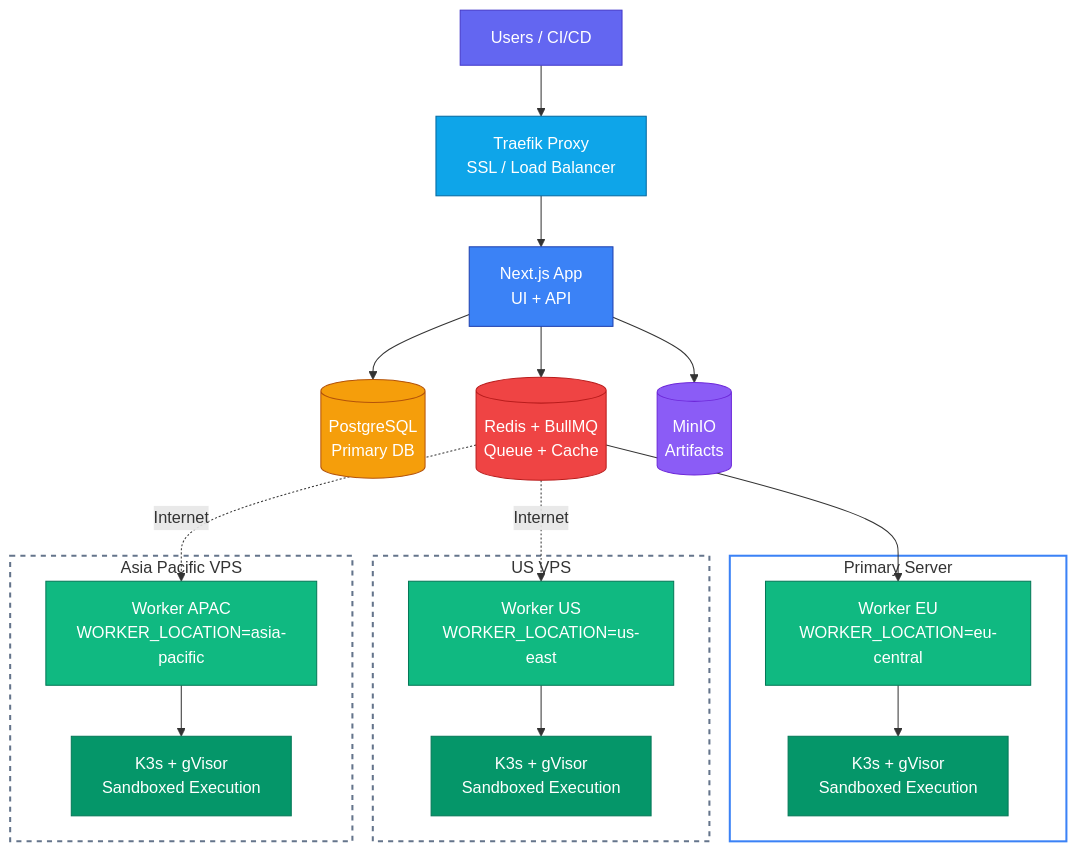
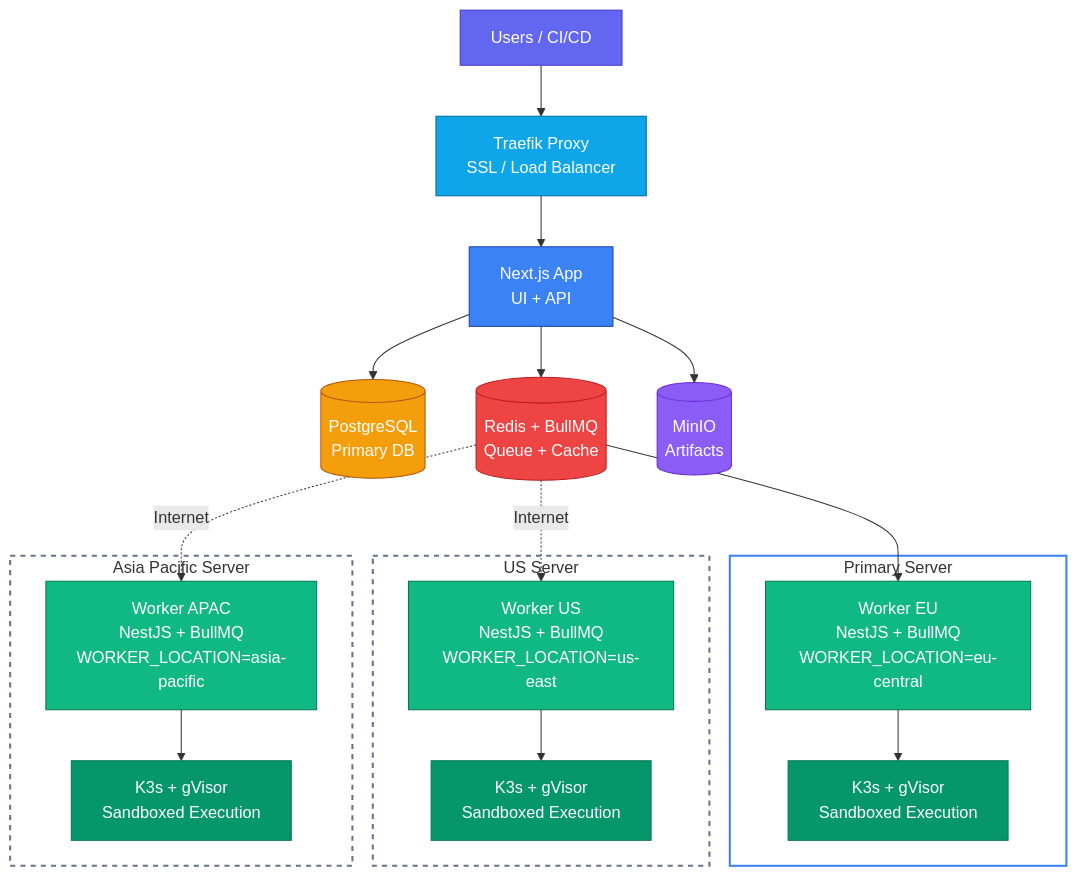
The diagram in README.md (yawboateng/supercheck), drawn with Mermaid before and after one commit. The commit also changed 2 other files, not shown here.

Commit message:
docs: update architecture diagrams to include NestJS and BullMQ for worker locations

````diff
--- a/README.md
+++ b/README.md
@@ -101,38 +101,38 @@
 ```mermaid
 flowchart TB
     Users[Users / CI/CD] --> T[Traefik Proxy<br/>SSL / Load Balancer]
     T --> App[Next.js App<br/>UI + API]
     App --> DB[(PostgreSQL<br/>Primary DB)] & Redis[(Redis + BullMQ<br/>Queue + Cache)] & S3[(MinIO<br/>Artifacts)]
 
     Redis --> W_EU
     Redis -.->|Internet| W_US
     Redis -.->|Internet| W_APAC
 
     subgraph PRIMARY["Primary Server"]
-        W_EU[Worker EU<br/>WORKER_LOCATION=eu-central] --> K3S_EU[K3s + gVisor<br/>Sandboxed Execution]
+        W_EU[Worker EU<br/>NestJS + BullMQ<br/>WORKER_LOCATION=eu-central] --> K3S_EU[K3s + gVisor<br/>Sandboxed Execution]
     end
 
-    subgraph US["US VPS"]
-        W_US[Worker US<br/>WORKER_LOCATION=us-east] --> K3S_US[K3s + gVisor<br/>Sandboxed Execution]
+    subgraph US["US Server"]
+        W_US[Worker US<br/>NestJS + BullMQ<br/>WORKER_LOCATION=us-east] --> K3S_US[K3s + gVisor<br/>Sandboxed Execution]
     end
 
-    subgraph APAC["Asia Pacific VPS"]
-        W_APAC[Worker APAC<br/>WORKER_LOCATION=asia-pacific] --> K3S_APAC[K3s + gVisor<br/>Sandboxed Execution]
+    subgraph APAC["Asia Pacific Server"]
+        W_APAC[Worker APAC<br/>NestJS + BullMQ<br/>WORKER_LOCATION=asia-pacific] --> K3S_APAC[K3s + gVisor<br/>Sandboxed Execution]
     end
 
     style Users fill:#6366f1,stroke:#4338ca,color:#fff
     style T fill:#0ea5e9,stroke:#0369a1,color:#fff
     style App fill:#3b82f6,stroke:#1e40af,color:#fff
     style DB fill:#f59e0b,stroke:#b45309,color:#fff
     style Redis fill:#ef4444,stroke:#b91c1c,color:#fff
     style S3 fill:#8b5cf6,stroke:#6d28d9,color:#fff
     style W_EU fill:#10b981,stroke:#047857,color:#fff
     style W_US fill:#10b981,stroke:#047857,color:#fff
     style W_APAC fill:#10b981,stroke:#047857,color:#fff
     style K3S_EU fill:#059669,stroke:#047857,color:#fff
     style K3S_US fill:#059669,stroke:#047857,color:#fff
     style K3S_APAC fill:#059669,stroke:#047857,color:#fff
     style PRIMARY fill:none,stroke:#3b82f6,stroke-width:2px
     style US fill:none,stroke:#64748b,stroke-width:2px,stroke-dasharray: 5 5
     style APAC fill:none,stroke:#64748b,stroke-width:2px,stroke-dasharray: 5 5
 ```
````
